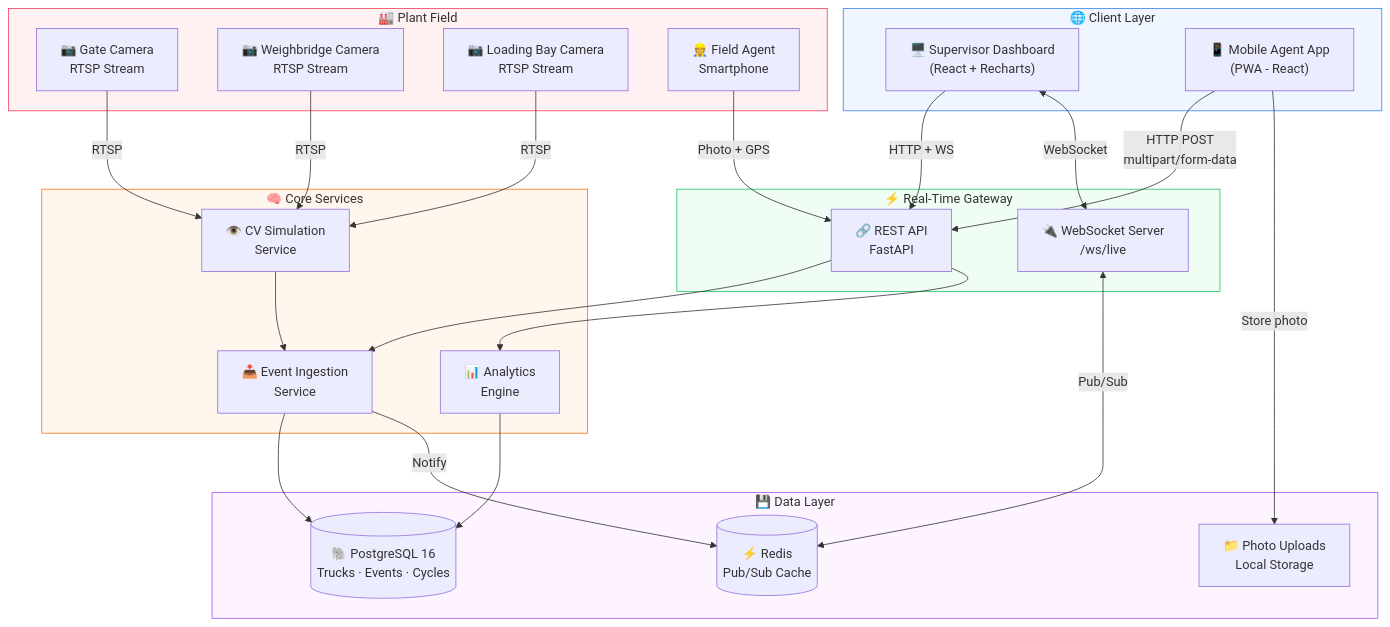
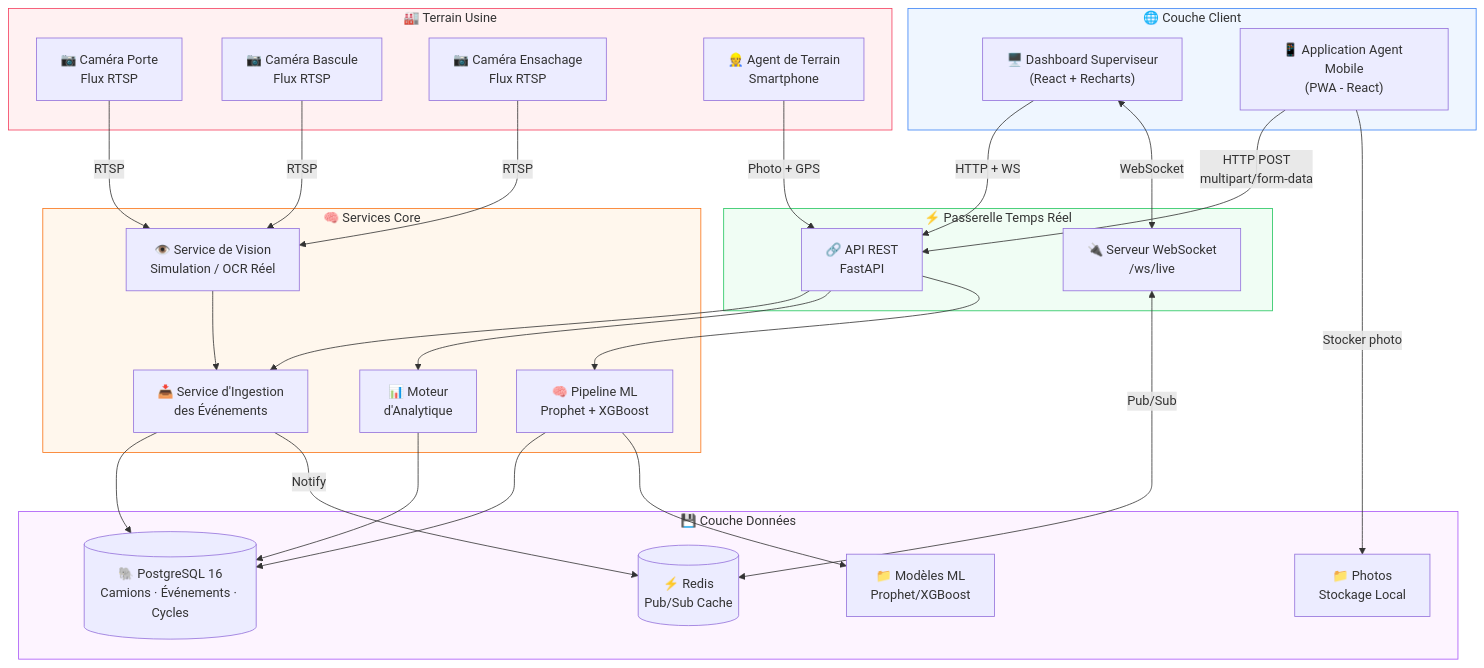
The first of 4 diagrams in README.md (samya818/smart-plant-truck-tracker), drawn with Mermaid before and after one commit. The commit also changed other lines of this file, not shown here.

Commit message:
docs: complete README with ML pipeline, French version, screenshots

````diff
--- a/README.md
+++ b/README.md
@@ -72,57 +93,79 @@
 ```mermaid
 graph TB
-    subgraph CLIENT["🌐 Client Layer"]
-        DASH["🖥️ Supervisor Dashboard\n(React + Recharts)"]
-        MOBILE["📱 Mobile Agent App\n(PWA - React)"]
+    subgraph CLIENT["🌐 Couche Client"]
+        DASH["🖥️ Dashboard Superviseur
+(React + Recharts)"]
+        MOBILE["📱 Application Agent Mobile
+(PWA - React)"]
     end
 
-    subgraph GATEWAY["⚡ Real-Time Gateway"]
-        WS["🔌 WebSocket Server\n/ws/live"]
-        REST["🔗 REST API\nFastAPI"]
+    subgraph GATEWAY["⚡ Passerelle Temps Réel"]
+        WS["🔌 Serveur WebSocket
+/ws/live"]
+        REST["🔗 API REST
+FastAPI"]
     end
 
-    subgraph CORE["🧠 Core Services"]
-        INGEST["📥 Event Ingestion\nService"]
-        ANALYTICS["📊 Analytics\nEngine"]
-        CV["👁️ CV Simulation\nService"]
+    subgraph CORE["🧠 Services Core"]
+        INGEST["📥 Service d'Ingestion
+des Événements"]
+        ANALYTICS["📊 Moteur
+d'Analytique"]
+        ML["🧠 Pipeline ML
+Prophet + XGBoost"]
+        CV["👁️ Service de Vision
+Simulation / OCR Réel"]
     end
 
-    subgraph DATA["💾 Data Layer"]
-        PG[("🐘 PostgreSQL 16\nTrucks · Events · Cycles")]
-        REDIS[("⚡ Redis\nPub/Sub Cache")]
-        UPLOADS["📁 Photo Uploads\nLocal Storage"]
+    subgraph DATA["💾 Couche Données"]
+        PG[("🐘 PostgreSQL 16
+Camions · Événements · Cycles")]
+        REDIS[("⚡ Redis
+Pub/Sub Cache")]
+        MODELS["📁 Modèles ML
+Prophet/XGBoost"]
+        UPLOADS["📁 Photos
+Stockage Local"]
     end
 
-    subgraph FIELD["🏭 Plant Field"]
-        CAM1["📷 Gate Camera\nRTSP Stream"]
-        CAM2["📷 Weighbridge Camera\nRTSP Stream"]
-        CAM3["📷 Loading Bay Camera\nRTSP Stream"]
-        AGENT["👷 Field Agent\nSmartphone"]
+    subgraph FIELD["🏭 Terrain Usine"]
+        CAM1["📷 Caméra Porte
+Flux RTSP"]
+        CAM2["📷 Caméra Bascule
+Flux RTSP"]
+        CAM3["📷 Caméra Ensachage
+Flux RTSP"]
+        AGENT["👷 Agent de Terrain
+Smartphone"]
     end
 
     DASH -->|"HTTP + WS"| REST
     DASH <-->|"WebSocket"| WS
-    MOBILE -->|"HTTP POST\nmultipart/form-data"| REST
+    MOBILE -->|"HTTP POST
+multipart/form-data"| REST
 
     REST --> INGEST
     REST --> ANALYTICS
+    REST --> ML
     WS <-->|"Pub/Sub"| REDIS
 
     INGEST --> PG
     INGEST -->|"Notify"| REDIS
     ANALYTICS --> PG
+    ML --> PG
+    ML --> MODELS
     CV --> INGEST
 
     CAM1 -->|"RTSP"| CV
     CAM2 -->|"RTSP"| CV
     CAM3 -->|"RTSP"| CV
     AGENT -->|"Photo + GPS"| REST
 
-    MOBILE -->|"Store photo"| UPLOADS
+    MOBILE -->|"Stocker photo"| UPLOADS
 
     style CLIENT fill:#EFF6FF,stroke:#3B82F6
     style GATEWAY fill:#F0FDF4,stroke:#22C55E
     style CORE fill:#FFF7ED,stroke:#F97316
     style DATA fill:#FDF4FF,stroke:#A855F7
     style FIELD fill:#FFF1F2,stroke:#F43F5E
 ```
````
